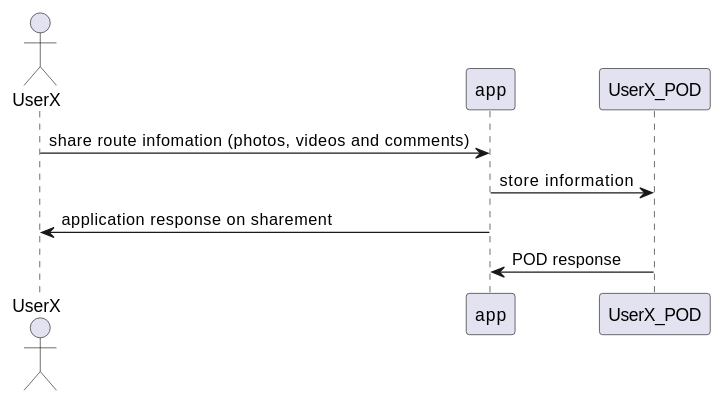
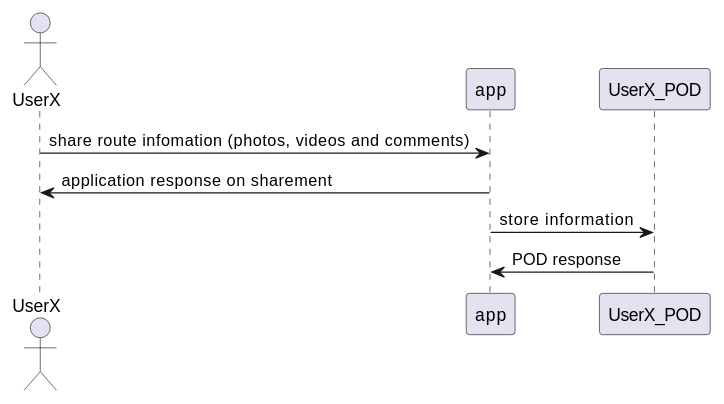
One commit to Arquisoft/viade_es2a changed the first of 2 diagrams in src/docs/06_runtime_view.adoc. Above: the diagram before and after it, drawn with PlantUML. The commit also changed other lines of this file, not shown here.

```diff
--- a/src/docs/06_runtime_view.adoc
+++ b/src/docs/06_runtime_view.adoc
@@ -10,10 +10,10 @@
 [plantuml,"Sequence diagram",png]
 ----
 actor UserX
 participant app
 participant UserX_POD
 UserX -> app: share route infomation (photos, videos and comments)
+app -> UserX: application response on sharement
 app -> UserX_POD: store information
-app -> UserX: application response on sharement
 UserX_POD -> app: POD response
 ----
```
